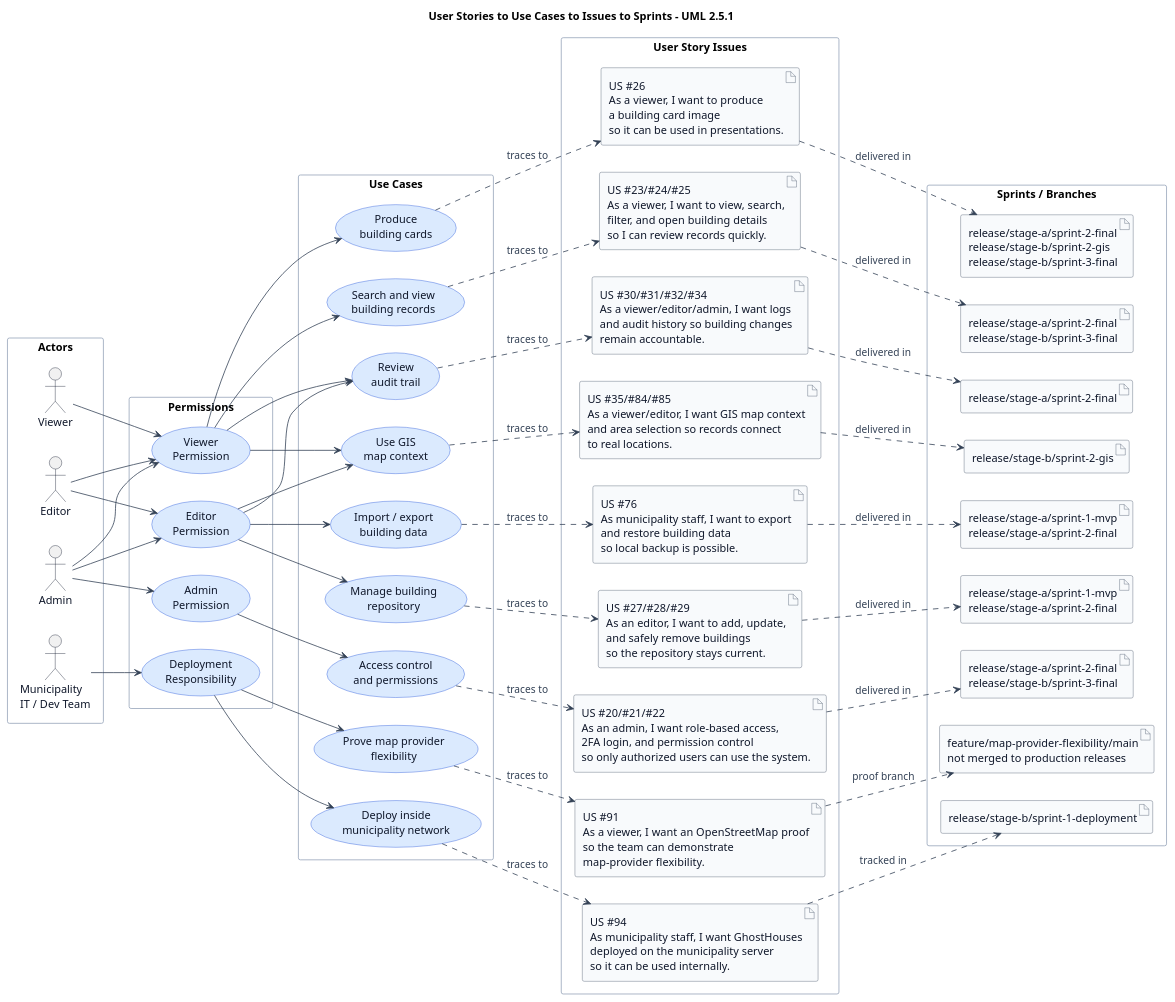
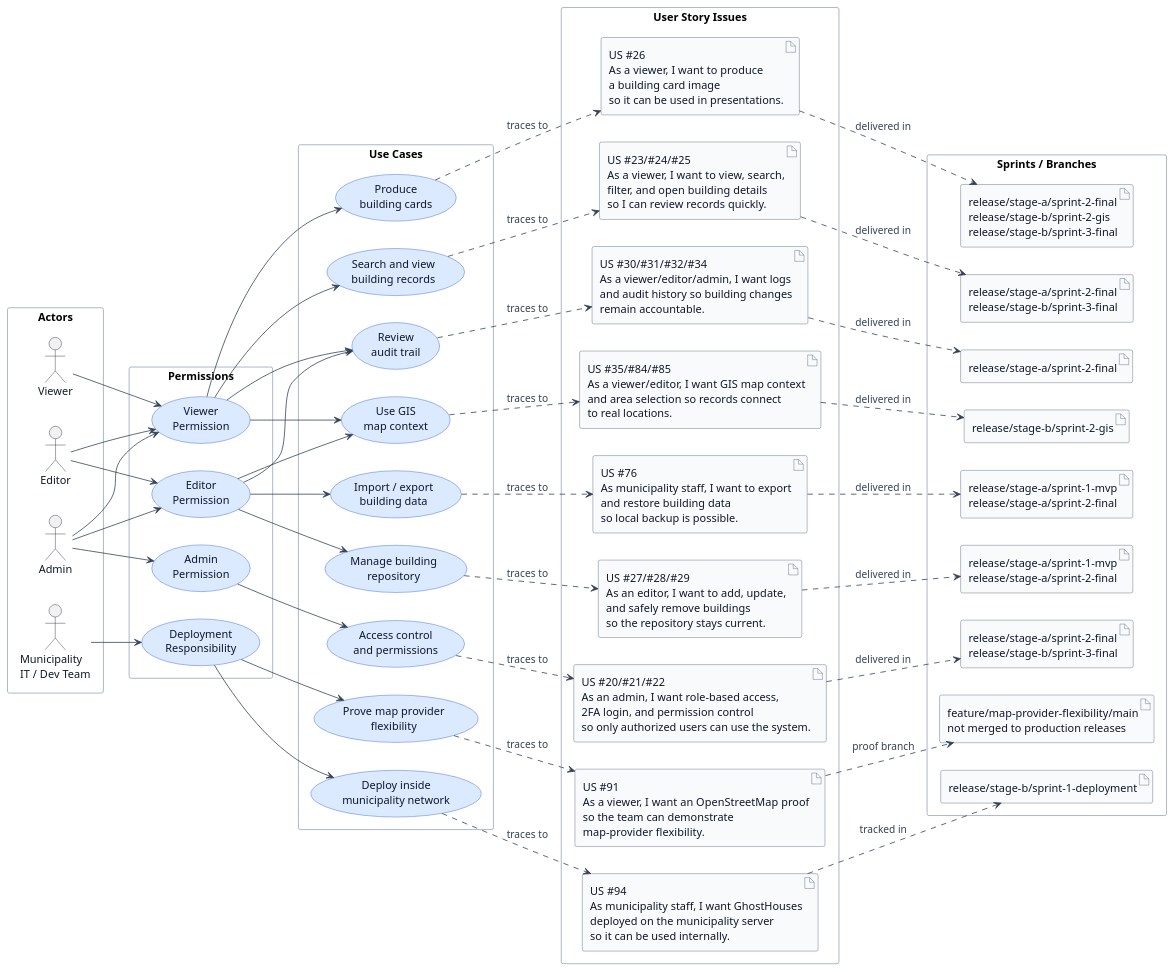
Before and after one commit to bbdaria/GhostHouses: the diagram in docs/submissions/stage-b/uml/use-cases/presentation/use_cases_to_sprints.puml, drawn with PlantUML. The commit also changed 10 other files, not shown here.

```diff
--- a/docs/submissions/stage-b/uml/use-cases/presentation/use_cases_to_sprints.puml
+++ b/docs/submissions/stage-b/uml/use-cases/presentation/use_cases_to_sprints.puml
@@ -1,112 +1,110 @@
 @startuml
-title User Stories to Use Cases to Issues to Sprints - UML 2.5.1
-
 left to right direction
 
 skinparam shadowing false
 skinparam backgroundColor #FFFFFF
 skinparam DefaultFontName Arial
 skinparam packageStyle rectangle
 skinparam ArrowColor #334155
 skinparam ArrowFontColor #334155
 skinparam ActorBorderColor #0F172A
 skinparam ActorFontColor #0F172A
 skinparam UsecaseBorderColor #1D4ED8
 skinparam UsecaseBackgroundColor #DBEAFE
 skinparam UsecaseFontColor #0F172A
 skinparam ArtifactBorderColor #475569
 skinparam ArtifactBackgroundColor #F8FAFC
 skinparam ArtifactFontColor #0F172A
 skinparam RectangleBorderColor #94A3B8
 skinparam RectangleBackgroundColor #FFFFFF
 
 rectangle "Actors" {
   actor "Viewer" as Viewer
   actor "Editor" as Editor
   actor "Admin" as Admin
   actor "Municipality\nIT / Dev Team" as IT
 }
 
 rectangle "Permissions" {
   usecase "Viewer\nPermission" as P_VIEW
   usecase "Editor\nPermission" as P_EDIT
   usecase "Admin\nPermission" as P_ADMIN
   usecase "Deployment\nResponsibility" as P_DEPLOY
 }
 
 rectangle "Use Cases" {
   usecase "Access control\nand permissions" as UC_ACCESS
   usecase "Search and view\nbuilding records" as UC_VIEW
   usecase "Manage building\nrepository" as UC_MANAGE
   usecase "Import / export\nbuilding data" as UC_DATA
   usecase "Produce\nbuilding cards" as UC_CARDS
   usecase "Review\naudit trail" as UC_LOGS
   usecase "Use GIS\nmap context" as UC_GIS
   usecase "Deploy inside\nmunicipality network" as UC_DEPLOY
   usecase "Prove map provider\nflexibility" as UC_PROVIDER
 }
 
 rectangle "User Story Issues" {
   artifact "US #20/#21/#22\nAs an admin, I want role-based access,\n2FA login, and permission control\nso only authorized users can use the system." as US_ACCESS
   artifact "US #23/#24/#25\nAs a viewer, I want to view, search,\nfilter, and open building details\nso I can review records quickly." as US_VIEW
   artifact "US #27/#28/#29\nAs an editor, I want to add, update,\nand safely remove buildings\nso the repository stays current." as US_MANAGE
   artifact "US #76\nAs municipality staff, I want to export\nand restore building data\nso local backup is possible." as US_DATA
   artifact "US #26\nAs a viewer, I want to produce\na building card image\nso it can be used in presentations." as US_CARDS
   artifact "US #30/#31/#32/#34\nAs a viewer/editor/admin, I want logs\nand audit history so building changes\nremain accountable." as US_LOGS
   artifact "US #35/#84/#85\nAs a viewer/editor, I want GIS map context\nand area selection so records connect\nto real locations." as US_GIS
   artifact "US #94\nAs municipality staff, I want GhostHouses\ndeployed on the municipality server\nso it can be used internally." as US_DEPLOY
   artifact "US #91\nAs a viewer, I want an OpenStreetMap proof\nso the team can demonstrate\nmap-provider flexibility." as US_PROVIDER
 }
 
 rectangle "Sprints / Branches" {
   artifact "release/stage-a/sprint-2-final\nrelease/stage-b/sprint-3-final" as S_ACCESS
   artifact "release/stage-a/sprint-2-final\nrelease/stage-b/sprint-3-final" as S_VIEW
   artifact "release/stage-a/sprint-1-mvp\nrelease/stage-a/sprint-2-final" as S_MANAGE
   artifact "release/stage-a/sprint-1-mvp\nrelease/stage-a/sprint-2-final" as S_DATA
   artifact "release/stage-a/sprint-2-final\nrelease/stage-b/sprint-2-gis\nrelease/stage-b/sprint-3-final" as S_CARDS
   artifact "release/stage-a/sprint-2-final" as S_LOGS
   artifact "release/stage-b/sprint-2-gis" as S_GIS
   artifact "release/stage-b/sprint-1-deployment" as S_DEPLOY
   artifact "feature/map-provider-flexibility/main\nnot merged to production releases" as S_PROVIDER
 }
 
 Viewer --> P_VIEW
 Editor --> P_VIEW
 Editor --> P_EDIT
 Admin --> P_VIEW
 Admin --> P_EDIT
 Admin --> P_ADMIN
 IT --> P_DEPLOY
 
 P_ADMIN --> UC_ACCESS
 P_VIEW --> UC_VIEW
 P_EDIT --> UC_MANAGE
 P_EDIT --> UC_DATA
 P_VIEW --> UC_CARDS
 P_VIEW --> UC_LOGS
 P_EDIT --> UC_LOGS
 P_VIEW --> UC_GIS
 P_EDIT --> UC_GIS
 P_DEPLOY --> UC_DEPLOY
 P_DEPLOY --> UC_PROVIDER
 
 UC_ACCESS ..> US_ACCESS : traces to
 UC_VIEW ..> US_VIEW : traces to
 UC_MANAGE ..> US_MANAGE : traces to
 UC_DATA ..> US_DATA : traces to
 UC_CARDS ..> US_CARDS : traces to
 UC_LOGS ..> US_LOGS : traces to
 UC_GIS ..> US_GIS : traces to
 UC_DEPLOY ..> US_DEPLOY : traces to
 UC_PROVIDER ..> US_PROVIDER : traces to
 
 US_ACCESS ..> S_ACCESS : delivered in
 US_VIEW ..> S_VIEW : delivered in
 US_MANAGE ..> S_MANAGE : delivered in
 US_DATA ..> S_DATA : delivered in
 US_CARDS ..> S_CARDS : delivered in
 US_LOGS ..> S_LOGS : delivered in
 US_GIS ..> S_GIS : delivered in
 US_DEPLOY ..> S_DEPLOY : tracked in
 US_PROVIDER ..> S_PROVIDER : proof branch
 @enduml
```
